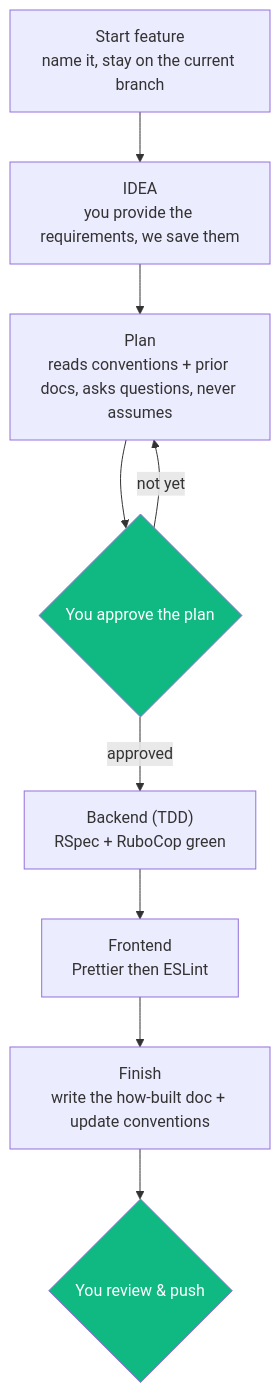
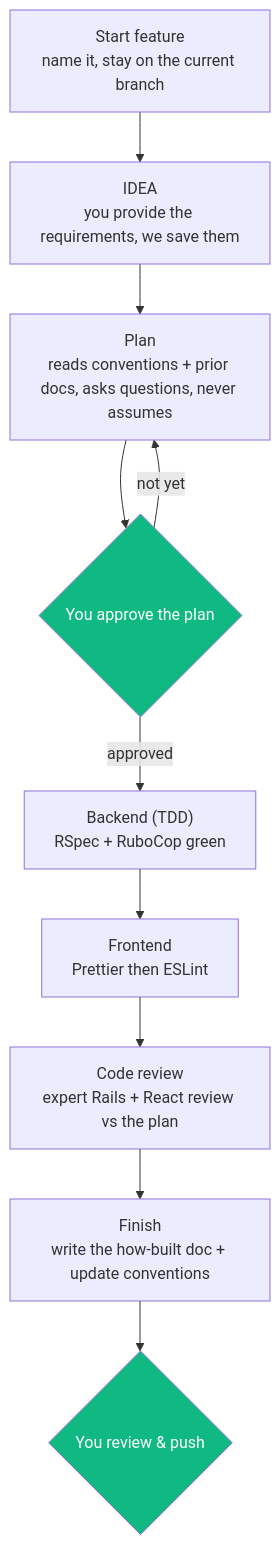
The diagram in README.md (marvs/kantan-dev), drawn with Mermaid before and after one commit. The commit also changed other lines of this file and 2 other files, not shown here.

Commit message:
Add review step

````diff
--- a/README.md
+++ b/README.md
@@ -5,13 +5,14 @@
 ```mermaid
 flowchart TD
     A["Start feature<br/>name it, stay on the current branch"] --> B["IDEA<br/>you provide the requirements, we save them"]
     B --> C["Plan<br/>reads conventions + prior docs, asks questions, never assumes"]
     C --> G1{"You approve the plan"}
     G1 -->|not yet| C
     G1 -->|approved| D["Backend (TDD)<br/>RSpec + RuboCop green"]
     D --> E["Frontend<br/>Prettier then ESLint"]
-    E --> F["Finish<br/>write the how-built doc + update conventions"]
+    E --> R["Code review<br/>expert Rails + React review vs the plan"]
+    R --> F["Finish<br/>write the how-built doc + update conventions"]
     F --> G2{"You review &amp; push"}
     style G1 fill:#10B981,color:#fff
     style G2 fill:#10B981,color:#fff
 ```
````
